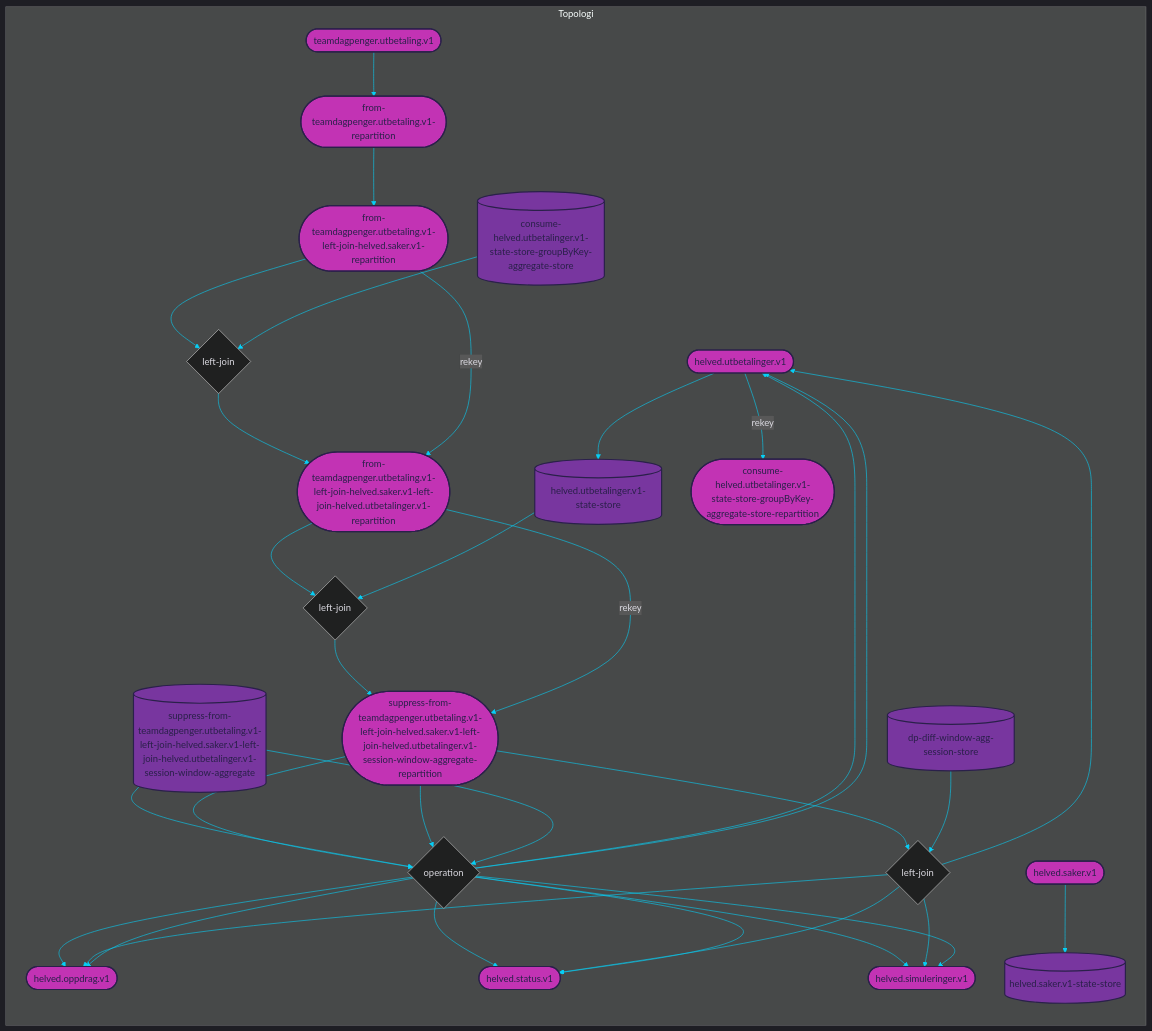
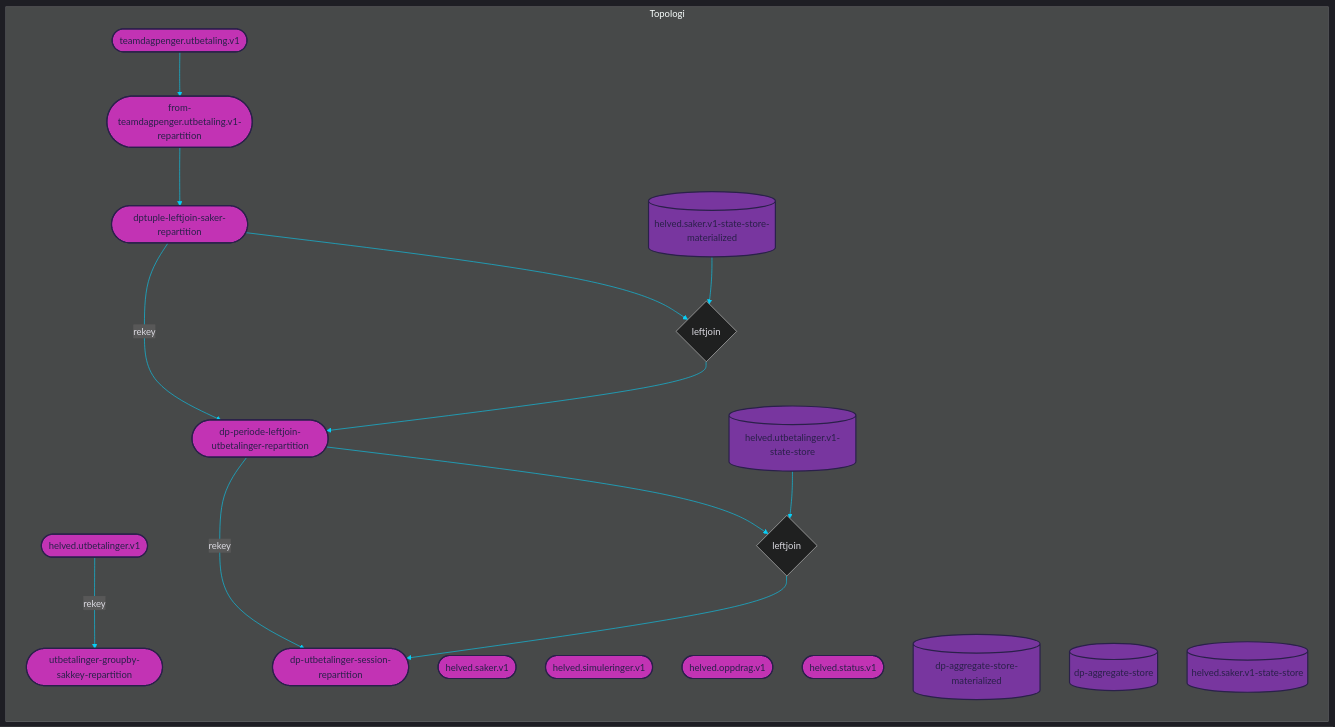
One commit to navikt/helved-utbetaling changed the diagram in dokumentasjon/abetal.mmd. Above: the diagram before and after it, drawn with Mermaid. The commit also changed 36 other files, not shown here.

```diff
--- a/dokumentasjon/abetal.mmd
+++ b/dokumentasjon/abetal.mmd
@@ -1,114 +1,94 @@
 
 %%{init: {'theme': 'dark', 'themeVariables': { 'primaryColor': '#07cff6', 'textColor': '#dad9e0', 'lineColor': '#07cff6'}}}%%
 
 graph LR
 
 subgraph Topologi
     %% TOPICS
     helved.utbetalinger.v1([helved.utbetalinger.v1])
-	from-teamdagpenger.utbetaling.v1-left-join-helved.saker.v1-left-join-helved.utbetalinger.v1-repartition([from-teamdagpenger.utbetaling.v1-left-join-helved.saker.v1-left-join-helved.utbetalinger.v1-repartition])
-	consume-helved.utbetalinger.v1-state-store-groupByKey-aggregate-store-repartition([consume-helved.utbetalinger.v1-state-store-groupByKey-aggregate-store-repartition])
-	suppress-from-teamdagpenger.utbetaling.v1-left-join-helved.saker.v1-left-join-helved.utbetalinger.v1-session-window-aggregate-repartition([suppress-from-teamdagpenger.utbetaling.v1-left-join-helved.saker.v1-left-join-helved.utbetalinger.v1-session-window-aggregate-repartition])
-	from-teamdagpenger.utbetaling.v1-left-join-helved.saker.v1-repartition([from-teamdagpenger.utbetaling.v1-left-join-helved.saker.v1-repartition])
+	dp-periode-leftjoin-utbetalinger-repartition([dp-periode-leftjoin-utbetalinger-repartition])
+	dp-utbetalinger-session-repartition([dp-utbetalinger-session-repartition])
+	utbetalinger-groupby-sakkey-repartition([utbetalinger-groupby-sakkey-repartition])
+	dptuple-leftjoin-saker-repartition([dptuple-leftjoin-saker-repartition])
 	helved.saker.v1([helved.saker.v1])
 	teamdagpenger.utbetaling.v1([teamdagpenger.utbetaling.v1])
 	from-teamdagpenger.utbetaling.v1-repartition([from-teamdagpenger.utbetaling.v1-repartition])
+	helved.simuleringer.v1([helved.simuleringer.v1])
 	helved.oppdrag.v1([helved.oppdrag.v1])
-	helved.simuleringer.v1([helved.simuleringer.v1])
 	helved.status.v1([helved.status.v1])
 
     %% JOINS
-    from-teamdagpenger.utbetaling.v1-left-join-helved.saker.v1-left-join-helved.utbetalinger.v1{left-join}
-	from-teamdagpenger.utbetaling.v1-left-join-helved.saker.v1{left-join}
-	from-teamdagpenger.utbetaling.v1-left-join-helved.saker.v1-left-join-helved.utbetalinger.v1-session-window-operation-reduced{left-join}
-	suppress-from-teamdagpenger.utbetaling.v1-left-join-helved.saker.v1-left-join-helved.utbetalinger.v1-session-window{left-join}
+    dp-periode-leftjoin-utbetalinger{leftjoin}
+	dptuple-leftjoin-saker{leftjoin}
 
     %% STATE PROCESSORS
-    from-teamdagpenger.utbetaling.v1-left-join-helved.saker.v1-left-join-helved.utbetalinger.v1-session-window-operation-reduced{operation}
+    
     
     %% STATE STORES
     helved.utbetalinger.v1-state-store[(helved.utbetalinger.v1-state-store)]
-	consume-helved.utbetalinger.v1-state-store-groupByKey-aggregate-store[(consume-helved.utbetalinger.v1-state-store-groupByKey-aggregate-store)]
-	suppress-from-teamdagpenger.utbetaling.v1-left-join-helved.saker.v1-left-join-helved.utbetalinger.v1-session-window-aggregate[(suppress-from-teamdagpenger.utbetaling.v1-left-join-helved.saker.v1-left-join-helved.utbetalinger.v1-session-window-aggregate)]
-	dp-diff-window-agg-session-store[(dp-diff-window-agg-session-store)]
+	helved.saker.v1-state-store-materialized[(helved.saker.v1-state-store-materialized)]
+	dp-aggregate-store-materialized[(dp-aggregate-store-materialized)]
+	dp-aggregate-store[(dp-aggregate-store)]
 	helved.saker.v1-state-store[(helved.saker.v1-state-store)]
     
     %% DATABASES
     
     
 
     %% PROCESSOR API JOBS
     
     
     %% JOIN STREAMS
-    from-teamdagpenger.utbetaling.v1-left-join-helved.saker.v1-left-join-helved.utbetalinger.v1-repartition --> from-teamdagpenger.utbetaling.v1-left-join-helved.saker.v1-left-join-helved.utbetalinger.v1
-	helved.utbetalinger.v1-state-store --> from-teamdagpenger.utbetaling.v1-left-join-helved.saker.v1-left-join-helved.utbetalinger.v1
-	from-teamdagpenger.utbetaling.v1-left-join-helved.saker.v1-left-join-helved.utbetalinger.v1 --> suppress-from-teamdagpenger.utbetaling.v1-left-join-helved.saker.v1-left-join-helved.utbetalinger.v1-session-window-aggregate-repartition
-	from-teamdagpenger.utbetaling.v1-left-join-helved.saker.v1-repartition --> from-teamdagpenger.utbetaling.v1-left-join-helved.saker.v1
-	consume-helved.utbetalinger.v1-state-store-groupByKey-aggregate-store --> from-teamdagpenger.utbetaling.v1-left-join-helved.saker.v1
-	from-teamdagpenger.utbetaling.v1-left-join-helved.saker.v1 --> from-teamdagpenger.utbetaling.v1-left-join-helved.saker.v1-left-join-helved.utbetalinger.v1-repartition
-	suppress-from-teamdagpenger.utbetaling.v1-left-join-helved.saker.v1-left-join-helved.utbetalinger.v1-session-window-aggregate-repartition --> from-teamdagpenger.utbetaling.v1-left-join-helved.saker.v1-left-join-helved.utbetalinger.v1-session-window-operation-reduced
-	suppress-from-teamdagpenger.utbetaling.v1-left-join-helved.saker.v1-left-join-helved.utbetalinger.v1-session-window-aggregate --> from-teamdagpenger.utbetaling.v1-left-join-helved.saker.v1-left-join-helved.utbetalinger.v1-session-window-operation-reduced
-	from-teamdagpenger.utbetaling.v1-left-join-helved.saker.v1-left-join-helved.utbetalinger.v1-session-window-operation-reduced --> helved.utbetalinger.v1
-	from-teamdagpenger.utbetaling.v1-left-join-helved.saker.v1-left-join-helved.utbetalinger.v1-session-window-operation-reduced --> helved.oppdrag.v1
-	from-teamdagpenger.utbetaling.v1-left-join-helved.saker.v1-left-join-helved.utbetalinger.v1-session-window-operation-reduced --> helved.status.v1
-	from-teamdagpenger.utbetaling.v1-left-join-helved.saker.v1-left-join-helved.utbetalinger.v1-session-window-operation-reduced --> helved.simuleringer.v1
-	suppress-from-teamdagpenger.utbetaling.v1-left-join-helved.saker.v1-left-join-helved.utbetalinger.v1-session-window-aggregate-repartition --> suppress-from-teamdagpenger.utbetaling.v1-left-join-helved.saker.v1-left-join-helved.utbetalinger.v1-session-window
-	dp-diff-window-agg-session-store --> suppress-from-teamdagpenger.utbetaling.v1-left-join-helved.saker.v1-left-join-helved.utbetalinger.v1-session-window
-	suppress-from-teamdagpenger.utbetaling.v1-left-join-helved.saker.v1-left-join-helved.utbetalinger.v1-session-window --> helved.utbetalinger.v1
-	suppress-from-teamdagpenger.utbetaling.v1-left-join-helved.saker.v1-left-join-helved.utbetalinger.v1-session-window --> helved.oppdrag.v1
-	suppress-from-teamdagpenger.utbetaling.v1-left-join-helved.saker.v1-left-join-helved.utbetalinger.v1-session-window --> helved.status.v1
-	suppress-from-teamdagpenger.utbetaling.v1-left-join-helved.saker.v1-left-join-helved.utbetalinger.v1-session-window --> helved.simuleringer.v1
+    dp-periode-leftjoin-utbetalinger-repartition --> dp-periode-leftjoin-utbetalinger
+	helved.utbetalinger.v1-state-store --> dp-periode-leftjoin-utbetalinger
+	dp-periode-leftjoin-utbetalinger --> dp-utbetalinger-session-repartition
+	dptuple-leftjoin-saker-repartition --> dptuple-leftjoin-saker
+	helved.saker.v1-state-store-materialized --> dptuple-leftjoin-saker
+	dptuple-leftjoin-saker --> dp-periode-leftjoin-utbetalinger-repartition
 
     %% TABLE STREAMS
-    helved.utbetalinger.v1 --> helved.utbetalinger.v1-state-store
-	helved.saker.v1 --> helved.saker.v1-state-store
+    
 
     %% JOB STREAMS
     
     
     %% BRANCH STREAMS
     
 
     %% REPARTITION STREAMS
-    helved.utbetalinger.v1 --> |rekey| consume-helved.utbetalinger.v1-state-store-groupByKey-aggregate-store-repartition
-	from-teamdagpenger.utbetaling.v1-left-join-helved.saker.v1-left-join-helved.utbetalinger.v1-repartition --> |rekey| suppress-from-teamdagpenger.utbetaling.v1-left-join-helved.saker.v1-left-join-helved.utbetalinger.v1-session-window-aggregate-repartition
-	from-teamdagpenger.utbetaling.v1-left-join-helved.saker.v1-repartition --> |rekey| from-teamdagpenger.utbetaling.v1-left-join-helved.saker.v1-left-join-helved.utbetalinger.v1-repartition
+    helved.utbetalinger.v1 --> |rekey| utbetalinger-groupby-sakkey-repartition
+	dp-periode-leftjoin-utbetalinger-repartition --> |rekey| dp-utbetalinger-session-repartition
+	dptuple-leftjoin-saker-repartition --> |rekey| dp-periode-leftjoin-utbetalinger-repartition
     
     %% BASIC STREAMS
     teamdagpenger.utbetaling.v1 --> from-teamdagpenger.utbetaling.v1-repartition
-	from-teamdagpenger.utbetaling.v1-repartition --> from-teamdagpenger.utbetaling.v1-left-join-helved.saker.v1-repartition
+	from-teamdagpenger.utbetaling.v1-repartition --> dptuple-leftjoin-saker-repartition
     
     %% CUSTOM PROCESS STREAMS
-    suppress-from-teamdagpenger.utbetaling.v1-left-join-helved.saker.v1-left-join-helved.utbetalinger.v1-session-window-aggregate-repartition --> from-teamdagpenger.utbetaling.v1-left-join-helved.saker.v1-left-join-helved.utbetalinger.v1-session-window-operation-reduced
-	suppress-from-teamdagpenger.utbetaling.v1-left-join-helved.saker.v1-left-join-helved.utbetalinger.v1-session-window-aggregate --> from-teamdagpenger.utbetaling.v1-left-join-helved.saker.v1-left-join-helved.utbetalinger.v1-session-window-operation-reduced
-	from-teamdagpenger.utbetaling.v1-left-join-helved.saker.v1-left-join-helved.utbetalinger.v1-session-window-operation-reduced --> helved.utbetalinger.v1
-	from-teamdagpenger.utbetaling.v1-left-join-helved.saker.v1-left-join-helved.utbetalinger.v1-session-window-operation-reduced --> helved.oppdrag.v1
-	from-teamdagpenger.utbetaling.v1-left-join-helved.saker.v1-left-join-helved.utbetalinger.v1-session-window-operation-reduced --> helved.status.v1
-	from-teamdagpenger.utbetaling.v1-left-join-helved.saker.v1-left-join-helved.utbetalinger.v1-session-window-operation-reduced --> helved.simuleringer.v1
+    
 end
 
 %% COLORS
 %% light    #dad9e0
 %% purple   #78369f
 %% pink     #c233b4
 %% dark     #2a204a
 %% blue     #07cff6
 
 %% STYLES
 style helved.utbetalinger.v1 fill:#c233b4, stroke:#2a204a, stroke-width:2px, color:#2a204a
-style from-teamdagpenger.utbetaling.v1-left-join-helved.saker.v1-left-join-helved.utbetalinger.v1-repartition fill:#c233b4, stroke:#2a204a, stroke-width:2px, color:#2a204a
-style consume-helved.utbetalinger.v1-state-store-groupByKey-aggregate-store-repartition fill:#c233b4, stroke:#2a204a, stroke-width:2px, color:#2a204a
-style suppress-from-teamdagpenger.utbetaling.v1-left-join-helved.saker.v1-left-join-helved.utbetalinger.v1-session-window-aggregate-repartition fill:#c233b4, stroke:#2a204a, stroke-width:2px, color:#2a204a
-style from-teamdagpenger.utbetaling.v1-left-join-helved.saker.v1-repartition fill:#c233b4, stroke:#2a204a, stroke-width:2px, color:#2a204a
+style dp-periode-leftjoin-utbetalinger-repartition fill:#c233b4, stroke:#2a204a, stroke-width:2px, color:#2a204a
+style dp-utbetalinger-session-repartition fill:#c233b4, stroke:#2a204a, stroke-width:2px, color:#2a204a
+style utbetalinger-groupby-sakkey-repartition fill:#c233b4, stroke:#2a204a, stroke-width:2px, color:#2a204a
+style dptuple-leftjoin-saker-repartition fill:#c233b4, stroke:#2a204a, stroke-width:2px, color:#2a204a
 style helved.saker.v1 fill:#c233b4, stroke:#2a204a, stroke-width:2px, color:#2a204a
 style teamdagpenger.utbetaling.v1 fill:#c233b4, stroke:#2a204a, stroke-width:2px, color:#2a204a
 style from-teamdagpenger.utbetaling.v1-repartition fill:#c233b4, stroke:#2a204a, stroke-width:2px, color:#2a204a
+style helved.simuleringer.v1 fill:#c233b4, stroke:#2a204a, stroke-width:2px, color:#2a204a
 style helved.oppdrag.v1 fill:#c233b4, stroke:#2a204a, stroke-width:2px, color:#2a204a
-style helved.simuleringer.v1 fill:#c233b4, stroke:#2a204a, stroke-width:2px, color:#2a204a
 style helved.status.v1 fill:#c233b4, stroke:#2a204a, stroke-width:2px, color:#2a204a
 style helved.utbetalinger.v1-state-store fill:#78369f, stroke:#2a204a, stroke-width:2px, color:#2a204a
-style consume-helved.utbetalinger.v1-state-store-groupByKey-aggregate-store fill:#78369f, stroke:#2a204a, stroke-width:2px, color:#2a204a
-style suppress-from-teamdagpenger.utbetaling.v1-left-join-helved.saker.v1-left-join-helved.utbetalinger.v1-session-window-aggregate fill:#78369f, stroke:#2a204a, stroke-width:2px, color:#2a204a
-style dp-diff-window-agg-session-store fill:#78369f, stroke:#2a204a, stroke-width:2px, color:#2a204a
+style helved.saker.v1-state-store-materialized fill:#78369f, stroke:#2a204a, stroke-width:2px, color:#2a204a
+style dp-aggregate-store-materialized fill:#78369f, stroke:#2a204a, stroke-width:2px, color:#2a204a
+style dp-aggregate-store fill:#78369f, stroke:#2a204a, stroke-width:2px, color:#2a204a
 style helved.saker.v1-state-store fill:#78369f, stroke:#2a204a, stroke-width:2px, color:#2a204a
```
